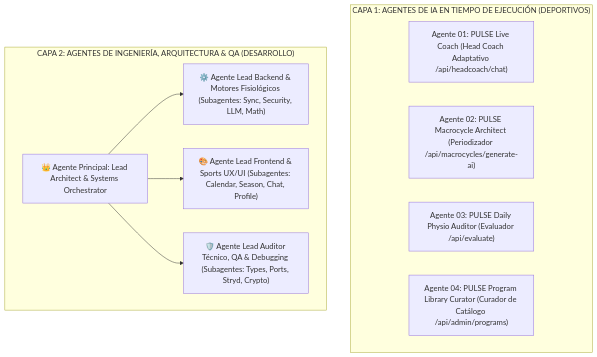
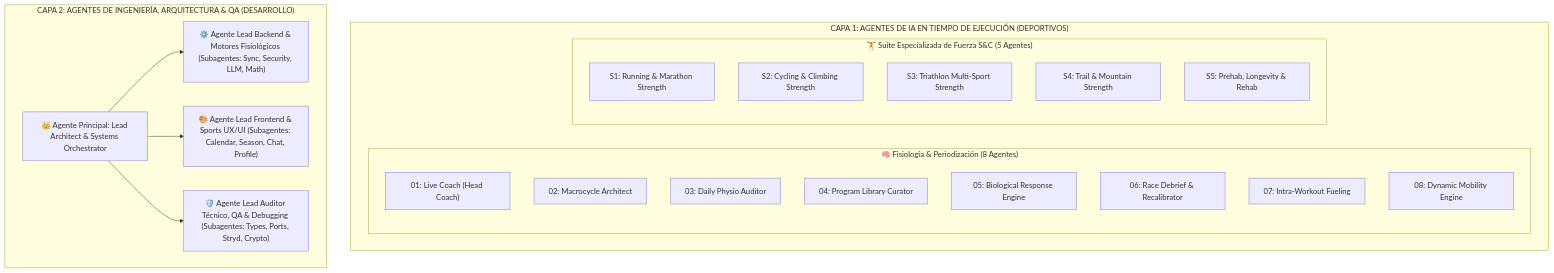
Before and after one commit to GEME80/Training-IA: the second of 3 diagrams in PROJECT_RULES.md, drawn with Mermaid. The commit also changed other lines of this file and 20 other files, not shown here.

````diff
--- a/PROJECT_RULES.md
+++ b/PROJECT_RULES.md
@@ -203,19 +211,32 @@
 ```mermaid
 flowchart TD
     subgraph CAPA_RUNTIME [" CAPA 1: AGENTES DE IA EN TIEMPO DE EJECUCIÓN (DEPORTIVOS) "]
-        A1["Agente 01: PULSE Live Coach (Head Coach Adaptativo /api/headcoach/chat)"]
-        A2["Agente 02: PULSE Macrocycle Architect (Periodizador /api/macrocycles/generate-ai)"]
-        A3["Agente 03: PULSE Daily Physio Auditor (Evaluador /api/evaluate)"]
-        A4["Agente 04: PULSE Program Library Curator (Curador de Catálogo /api/admin/programs)"]
+        subgraph SUB_PHYSIO [" 🧠 Fisiología & Periodización (8 Agentes) "]
+            A1["01: Live Coach (Head Coach)"]
+            A2["02: Macrocycle Architect"]
+            A3["03: Daily Physio Auditor"]
+            A4["04: Program Library Curator"]
+            A5["05: Biological Response Engine"]
+            A6["06: Race Debrief & Recalibrator"]
+            A7["07: Intra-Workout Fueling"]
+            A8["08: Dynamic Mobility Engine"]
+        end
+        subgraph SUB_SC [" 🏋️ Suite Especializada de Fuerza S&C (5 Agentes) "]
+            S1["S1: Running & Marathon Strength"]
+            S2["S2: Cycling & Climbing Strength"]
+            S3["S3: Triathlon Multi-Sport Strength"]
+            S4["S4: Trail & Mountain Strength"]
+            S5["S5: Prehab, Longevity & Rehab"]
+        end
     end
 
     subgraph CAPA_DEV [" CAPA 2: AGENTES DE INGENIERÍA, ARQUITECTURA & QA (DESARROLLO) "]
         ORQ["👑 Agente Principal: Lead Architect & Systems Orchestrator"]
         BE["⚙️ Agente Lead Backend & Motores Fisiológicos (Subagentes: Sync, Security, LLM, Math)"]
         FE["🎨 Agente Lead Frontend & Sports UX/UI (Subagentes: Calendar, Season, Chat, Profile)"]
         QA["🛡️ Agente Lead Auditor Técnico, QA & Debugging (Subagentes: Types, Ports, Stryd, Crypto)"]
         ORQ --> BE
         ORQ --> FE
         ORQ --> QA
     end
 ```
````
